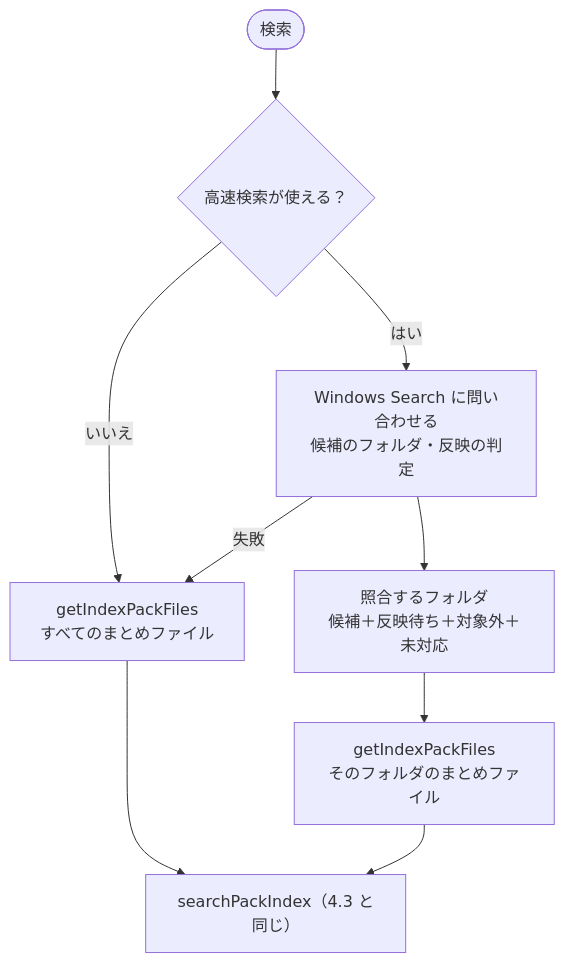
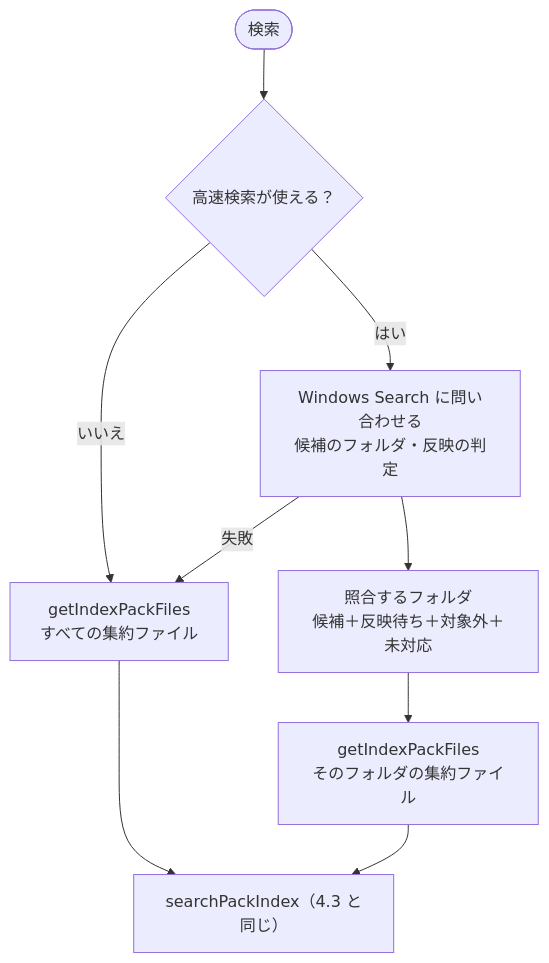
The third of 5 diagrams in docs/02_検索.md (hsgwa/tebunko), drawn with Mermaid before and after one commit. The commit also changed other lines of this file and 44 other files, not shown here.

````diff
--- a/docs/02_検索.md
+++ b/docs/02_検索.md
@@ -151,11 +151,11 @@
 ```mermaid
 flowchart TD
     S(["検索"]) --> U{"高速検索が使える？"}
-    U -- いいえ --> ALL["getIndexPackFiles<br>すべてのまとめファイル"]
+    U -- いいえ --> ALL["getIndexPackFiles<br>すべての集約ファイル"]
     U -- はい --> Q["Windows Search に問い合わせる<br>候補のフォルダ・反映の判定"]
     Q -- 失敗 --> ALL
     Q --> T["照合するフォルダ<br>候補＋反映待ち＋対象外＋未対応"]
-    T --> F["getIndexPackFiles<br>そのフォルダのまとめファイル"]
+    T --> F["getIndexPackFiles<br>そのフォルダの集約ファイル"]
     ALL --> R["searchPackIndex（4.3 と同じ）"]
     F --> R
 ```
````
